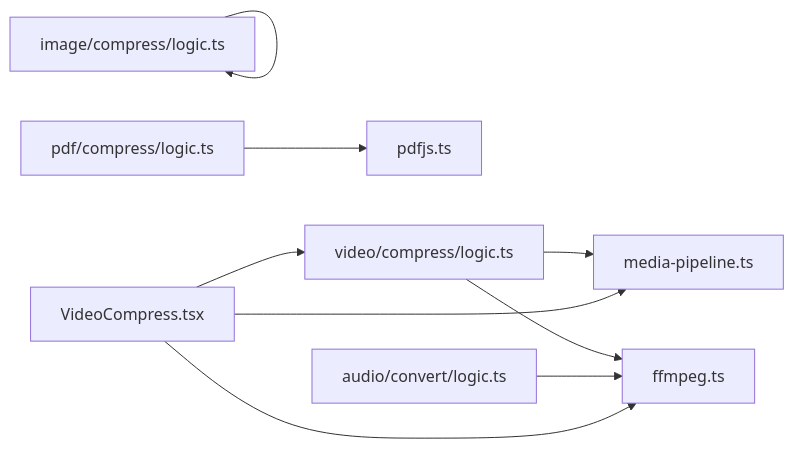
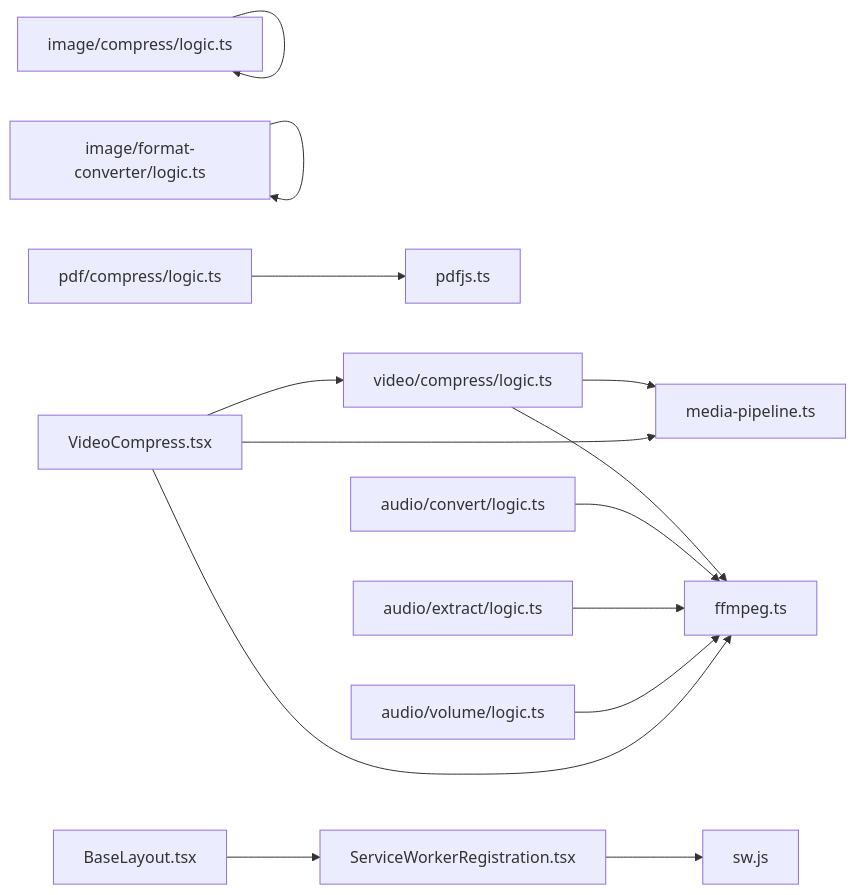
One commit to sgyy/privadeck changed the ninth of 10 diagrams in .qoder/repowiki/zh/content/技术架构/媒体处理管道.md. Above: the diagram before and after it, drawn with Mermaid. The commit also changed other lines of this file and 3 other files, not shown here.

````diff
--- a/.qoder/repowiki/zh/content/技术架构/媒体处理管道.md
+++ b/.qoder/repowiki/zh/content/技术架构/媒体处理管道.md
@@ -259,11 +424,16 @@
 ```mermaid
 graph LR
 VCL["video/compress/logic.ts"] --> MP["media-pipeline.ts"]
 VCL --> FF["ffmpeg.ts"]
 ACL["audio/convert/logic.ts"] --> FF
+AEL["audio/extract/logic.ts"] --> FF
+AVL["audio/volume/logic.ts"] --> FF
 ICL["image/compress/logic.ts"] --> ICL
+IFC["image/format-converter/logic.ts"] --> IFC
 PCL["pdf/compress/logic.ts"] --> PJ["pdfjs.ts"]
 UI["VideoCompress.tsx"] --> VCL
 UI --> MP
 UI --> FF
+SW["ServiceWorkerRegistration.tsx"] --> CACHE["sw.js"]
+BASE["BaseLayout.tsx"] --> SW
 ```
````
